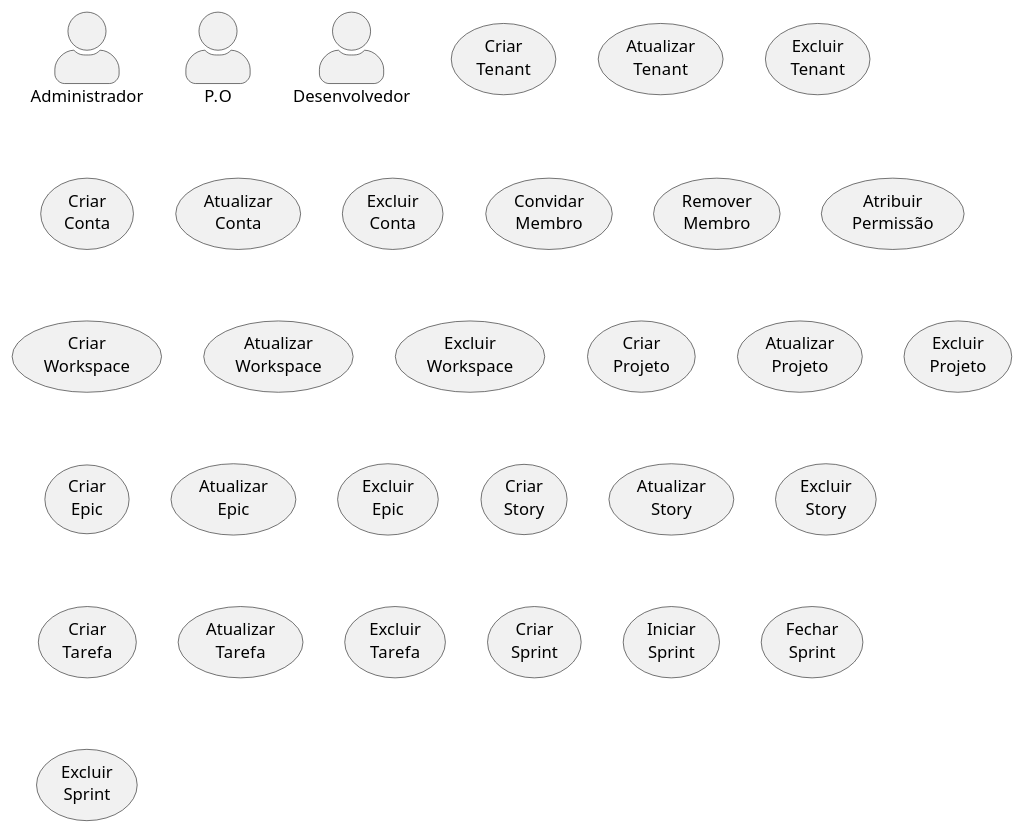
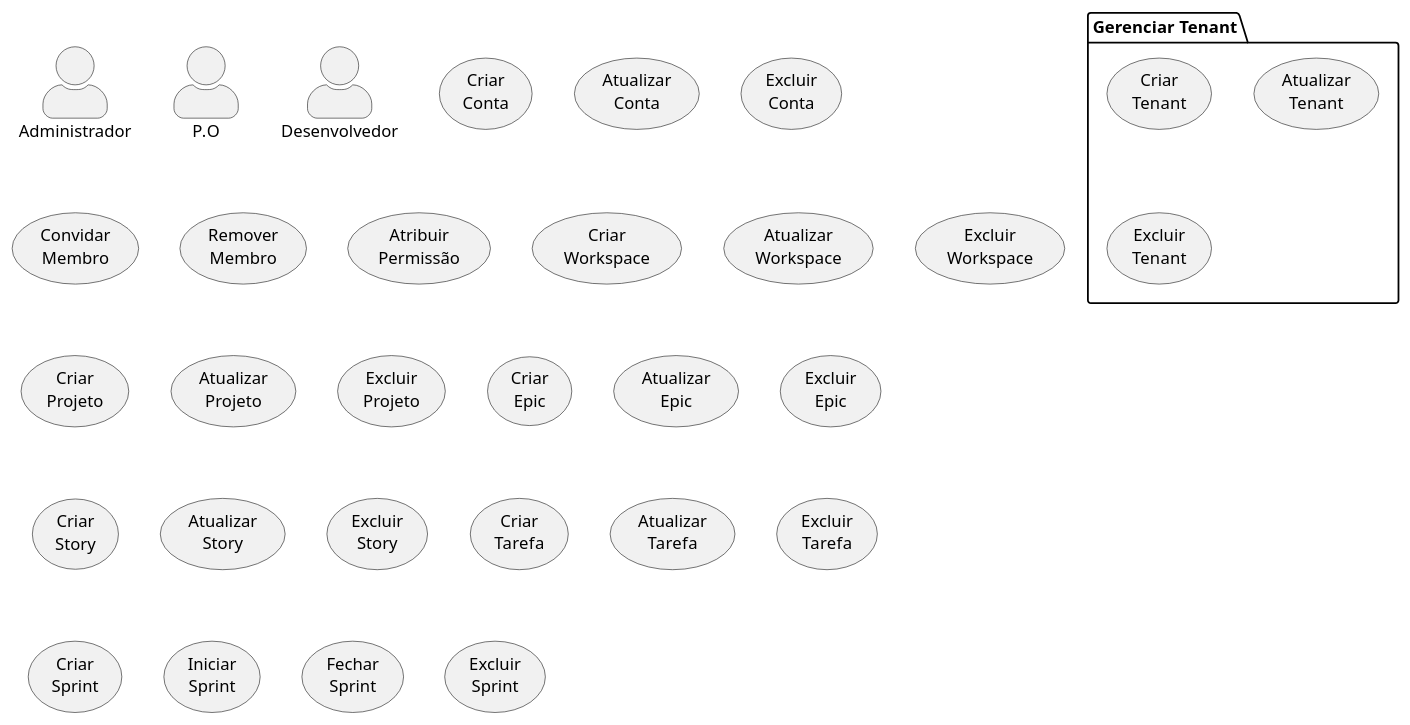
One commit to jairokoning/sprint_manager_uml changed the diagram in use_case.plantuml. Above: the diagram before and after it, drawn with PlantUML.

Commit message:
feat: add use case package manage tenant

```diff
--- a/use_case.plantuml
+++ b/use_case.plantuml
@@ -1,53 +1,55 @@
 @startuml ""
 ' http://www.plantuml.com/plantuml/uml/SoWkIImgAStDuUBISCiiAYvHA2rEJKuiJjNaqd3Coo_9I2s2YoWa5YjeX3eRQN91HHH2dOtXR0sVnEAIc3nanQ7E9bnS3gbvAI3p0G00
 skinparam TextAlign center
 skinparam actorStyle awesome
 
 '=== Atores ===
 actor Administrador as adm
 actor P.O as po
 actor Desenvolvedor as dev
 
 '=== Casos de Uso ===
 'Tenant
-usecase "Criar\nTenant" as createTenant
-usecase "Atualizar\nTenant" as updateTenant
-usecase "Excluir\nTenant" as deleteTenant
+package "Gerenciar Tenant" {
+  usecase "Criar\nTenant" as createTenant
+  usecase "Atualizar\nTenant" as updateTenant
+  usecase "Excluir\nTenant" as deleteTenant
+}
 
 usecase "Criar\nConta" as createAccount
 usecase "Atualizar\nConta" as updateAccount
 usecase "Excluir\nConta" as deleteAccount
 
 usecase "Convidar\nMembro" as inviteMember
 usecase "Remover\nMembro" as removeMember
 usecase "Atribuir\nPermissão" as setPermission
 
 usecase "Criar\nWorkspace" as createWorkspace
 usecase "Atualizar\nWorkspace" as updateWorkspace
 usecase "Excluir\nWorkspace" as deleteWorkspace
 
 usecase "Criar\nProjeto" as createProject
 usecase "Atualizar\nProjeto" as updateProject
 usecase "Excluir\nProjeto" as deleteProject
 
 usecase "Criar\nEpic" as createEpic
 usecase "Atualizar\nEpic" as updateEpic
 usecase "Excluir\nEpic" as deleteEpic
 
 usecase "Criar\nStory" as createStory
 usecase "Atualizar\nStory" as updateStory
 usecase "Excluir\nStory" as deleteStory
 
 usecase "Criar\nTarefa" as createTask
 usecase "Atualizar\nTarefa" as updateTask
 usecase "Excluir\nTarefa" as deleteTask
 
 usecase "Criar\nSprint" as createSprint
 usecase "Iniciar\nSprint" as openSprint
 usecase "Fechar\nSprint" as closeSprint
 usecase "Excluir\nSprint" as deleteSprint
 
 'Quando concluir todas tarefas de um recurso, deve automaticamente concluir o Recurso, e quando concluir todos os recursos de Epic, deve concluir o Epi
 'Criar um grafico de gantt baseado nas tarefas
 
 @enduml
```
